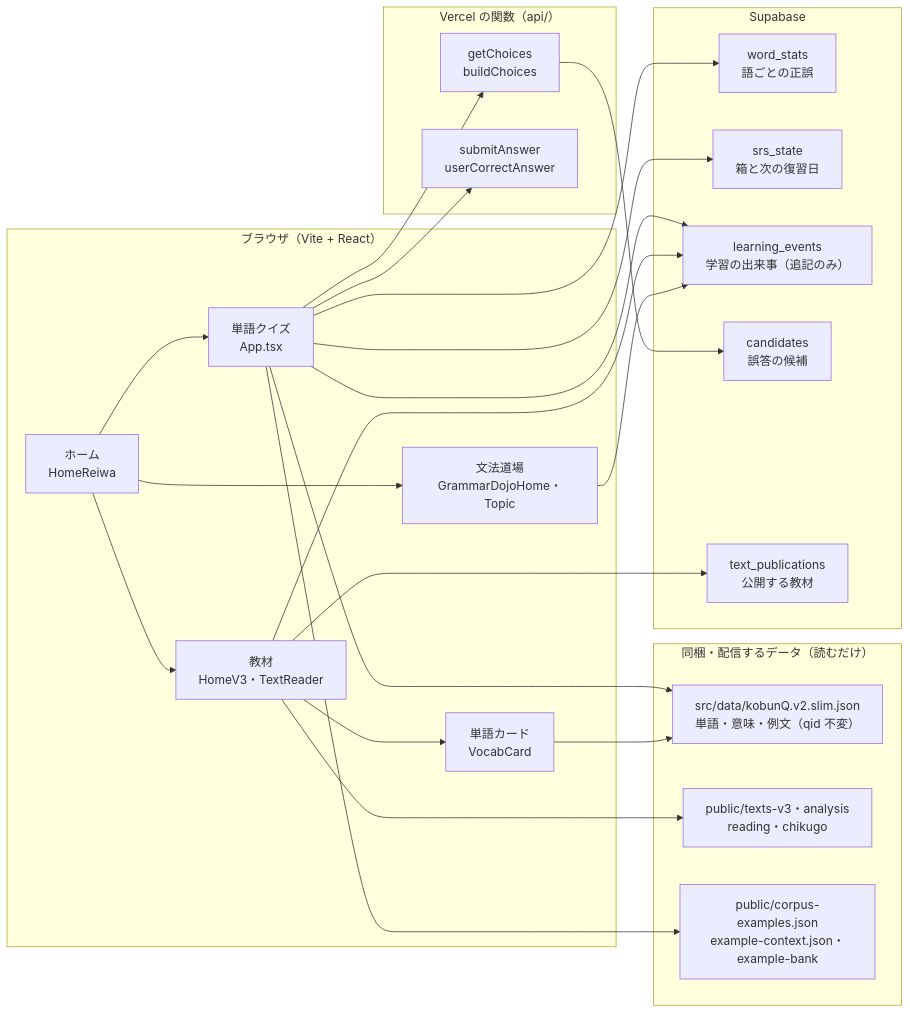
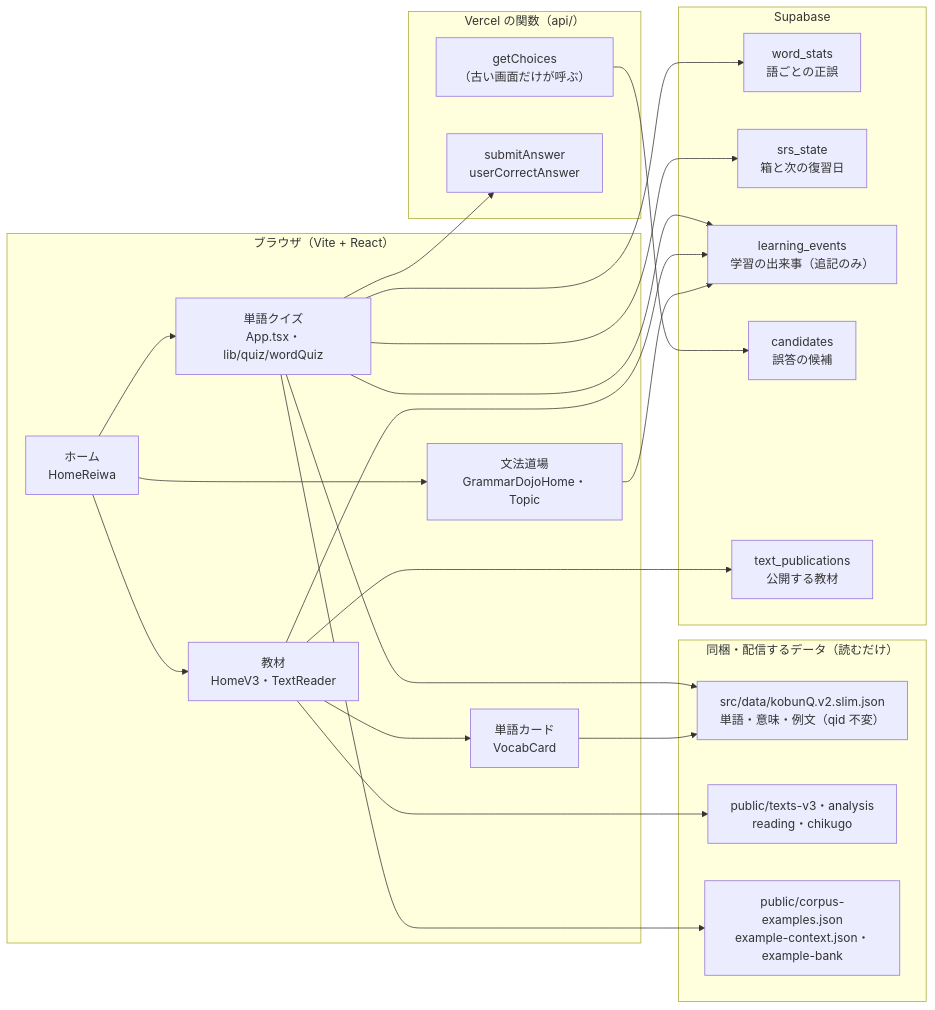
Before and after one commit to daichi223-web/daichi223-web: the first of 11 diagrams in docs/system-overview.md, drawn with Mermaid. The commit also changed other lines of this file and 15 other files, not shown here.

First line of the commit message:
perf(quiz): 単語クイズの選択肢をブラウザの中で作る・App.tsx を段に分けて作り直す

````diff
--- a/docs/system-overview.md
+++ b/docs/system-overview.md
@@ -13,43 +13,42 @@
 ```mermaid
 flowchart LR
   subgraph FRONT["ブラウザ（Vite + React）"]
     HOME["ホーム<br/>HomeReiwa"]
-    QUIZ["単語クイズ<br/>App.tsx"]
+    QUIZ["単語クイズ<br/>App.tsx・lib/quiz/wordQuiz"]
     TEXT["教材<br/>HomeV3・TextReader"]
     DOJO["文法道場<br/>GrammarDojoHome・Topic"]
     CARD["単語カード<br/>VocabCard"]
   end
   subgraph STATIC["同梱・配信するデータ（読むだけ）"]
     SLIM["src/data/kobunQ.v2.slim.json<br/>単語・意味・例文（qid 不変）"]
     TJSON["public/texts-v3・analysis<br/>reading・chikugo"]
     EXTRA["public/corpus-examples.json<br/>example-context.json・example-bank"]
   end
   subgraph API["Vercel の関数（api/）"]
-    CHOICES["getChoices<br/>buildChoices"]
+    CHOICES["getChoices<br/>（古い画面だけが呼ぶ）"]
     SUBMIT["submitAnswer<br/>userCorrectAnswer"]
   end
   subgraph DB["Supabase"]
     WS["word_stats<br/>語ごとの正誤"]
     SRS["srs_state<br/>箱と次の復習日"]
     LE["learning_events<br/>学習の出来事（追記のみ）"]
     CAND["candidates<br/>誤答の候補"]
     PUB["text_publications<br/>公開する教材"]
   end
   HOME --> QUIZ
   HOME --> TEXT
   HOME --> DOJO
   TEXT --> CARD
   QUIZ --> SLIM
   QUIZ --> EXTRA
   TEXT --> TJSON
   CARD --> SLIM
-  QUIZ --> CHOICES
   QUIZ --> SUBMIT
   CHOICES --> CAND
   QUIZ --> WS
   QUIZ --> SRS
   QUIZ --> LE
   TEXT --> LE
   TEXT --> PUB
   DOJO --> LE
 ```
````
